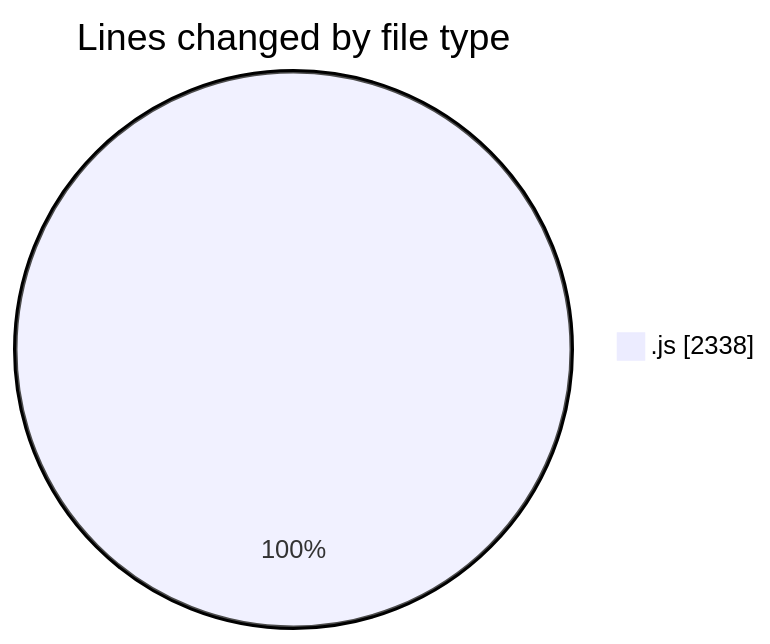
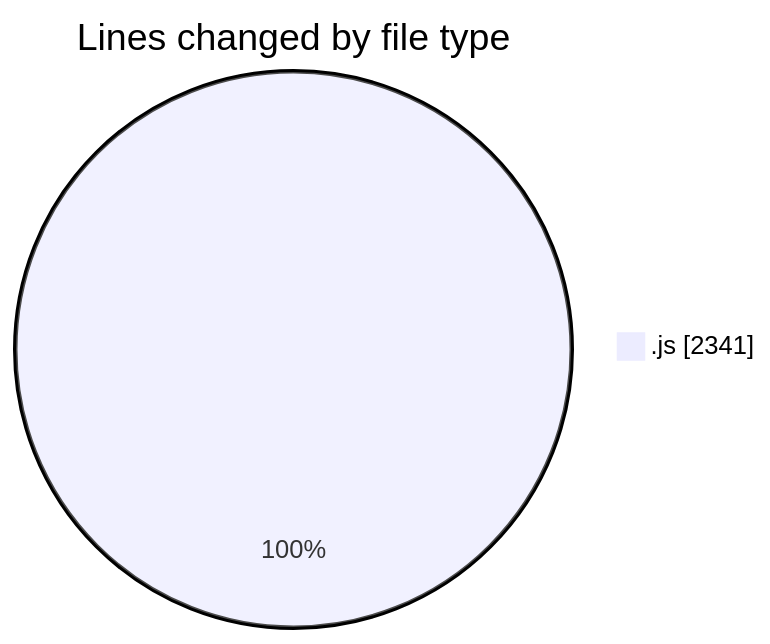
Before and after one commit to nxtqubesakshisongat/code-tracking: the first of 2 diagrams in 2026-01-04/nxtqube_webapp/README.md, drawn with Mermaid. The commit also changed other lines of this file and 1 other file, not shown here.

````diff
--- a/2026-01-04/nxtqube_webapp/README.md
+++ b/2026-01-04/nxtqube_webapp/README.md
@@ -20,5 +20,5 @@
 ```mermaid
 pie showData
 title Lines changed by file type
-".js" : 2338
+".js" : 2341
 ```
````
